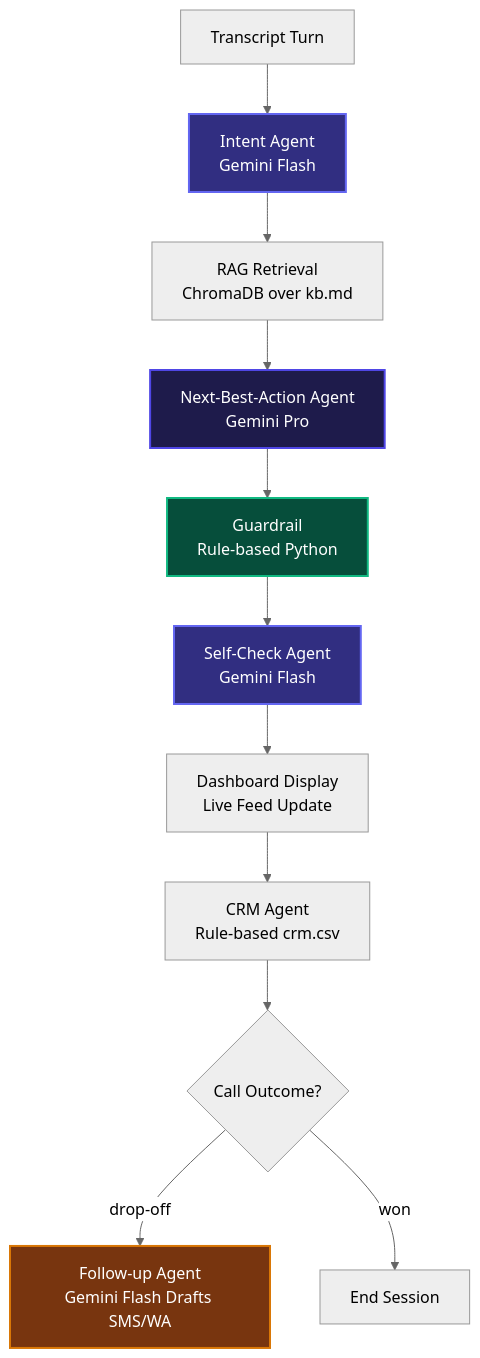
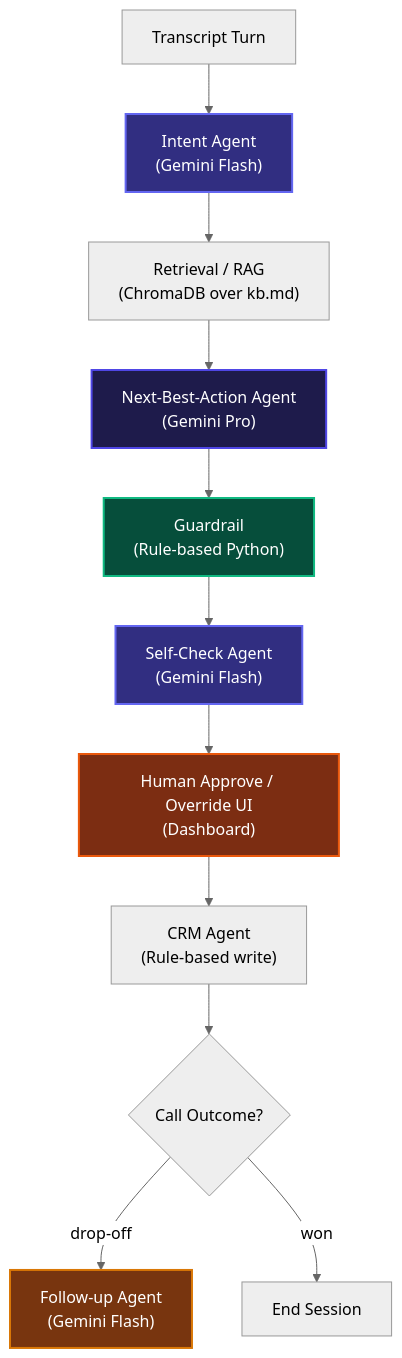
Before and after one commit to yuvarajR-gfcfut/AI-Voice-co-pilot: the diagram in README.md, drawn with Mermaid (neutral theme). The commit also changed other lines of this file and 4 other files, not shown here.

Commit message:
feat: completed the retrieval agent module

````diff
--- a/README.md
+++ b/README.md
@@ -15,21 +13,20 @@
 ```mermaid
 graph TD
-    A[Transcript Turn] --> B[Intent Agent<br>Gemini Flash]
-    B --> C[RAG Retrieval<br>ChromaDB over kb.md]
-    C --> D[Next-Best-Action Agent<br>Gemini Pro]
-    D --> E[Guardrail<br>Rule-based Python]
-    E --> F[Self-Check Agent<br>Gemini Flash]
-    F --> G[Dashboard Display<br>Live Feed Update]
-    
-    %% Post-Call CRM & Follow-up Branch
-    G --> H[CRM Agent<br>Rule-based crm.csv]
+    A[Transcript Turn] --> B["Intent Agent\n(Gemini Flash)"]
+    B --> C["Retrieval / RAG\n(ChromaDB over kb.md)"]
+    C --> D["Next-Best-Action Agent\n(Gemini Pro)"]
+    D --> E["Guardrail\n(Rule-based Python)"]
+    E --> F["Self-Check Agent\n(Gemini Flash)"]
+    F --> G["Human Approve / Override UI\n(Dashboard)"]
+    G --> H["CRM Agent\n(Rule-based write)"]
     H --> I{Call Outcome?}
-    I -- drop-off --> J[Follow-up Agent<br>Gemini Flash Drafts SMS/WA]
+    I -- drop-off --> J["Follow-up Agent\n(Gemini Flash)"]
     I -- won --> K[End Session]
-    
+
     style B fill:#312e81,stroke:#6366f1,stroke-width:2px,color:#fff
     style D fill:#1e1b4b,stroke:#4f46e5,stroke-width:2px,color:#fff
     style E fill:#064e3b,stroke:#10b981,stroke-width:2px,color:#fff
     style F fill:#312e81,stroke:#6366f1,stroke-width:2px,color:#fff
+    style G fill:#7c2d12,stroke:#ea580c,stroke-width:2px,color:#fff
     style J fill:#78350f,stroke:#d97706,stroke-width:2px,color:#fff
 ```
````
